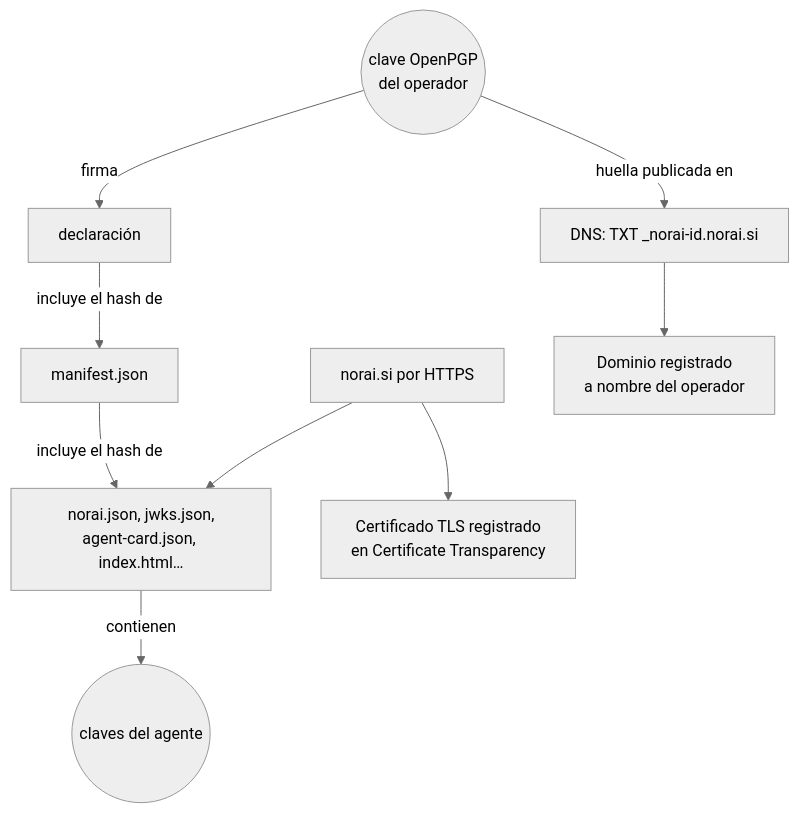
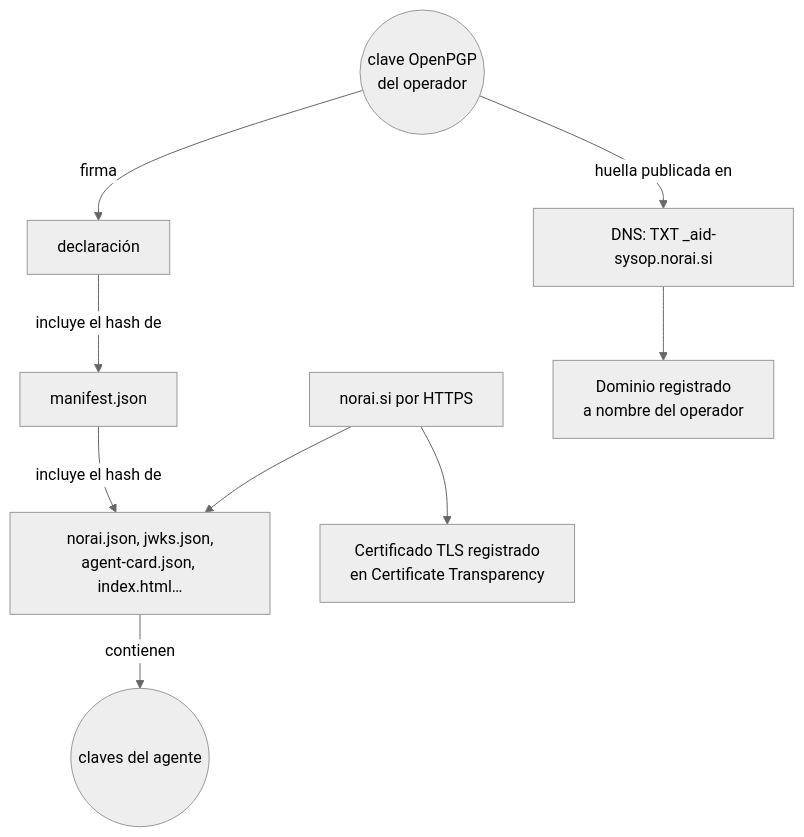
One commit to ea1het/norai_si changed the second of 2 diagrams in docs/how-it-works.es.md. Above: the diagram before and after it, drawn with Mermaid (neutral theme). The commit also changed other lines of this file and 32 other files, not shown here.

````diff
--- a/docs/how-it-works.es.md
+++ b/docs/how-it-works.es.md
@@ -196,12 +206,12 @@
 ```mermaid
 flowchart TB
     op((clave OpenPGP<br/>del operador))
-    op -->|huella publicada en| dns[DNS: TXT _norai-id.norai.si]
+    op -->|huella publicada en| dns[DNS: TXT _aid-sysop.norai.si]
     op -->|firma| decl[declaración]
     decl -->|incluye el hash de| man[manifest.json]
     man -->|incluye el hash de| files[norai.json, jwks.json,<br/>agent-card.json, index.html…]
     files -->|contienen| kid((claves del agente))
     web[norai.si por HTTPS] --> files
     dns --> reg[Dominio registrado<br/>a nombre del operador]
     web --> tls[Certificado TLS registrado<br/>en Certificate Transparency]
 ```
````
